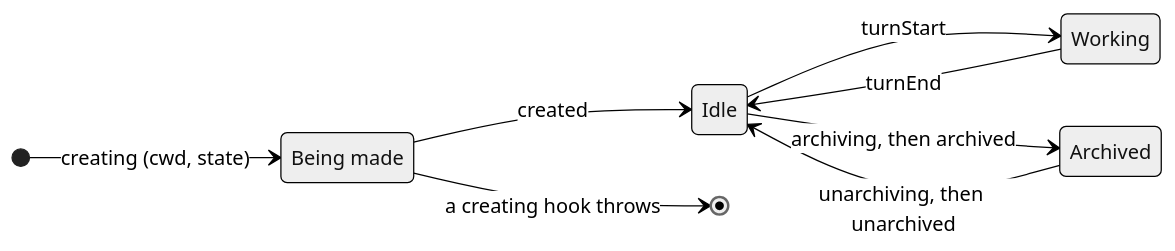
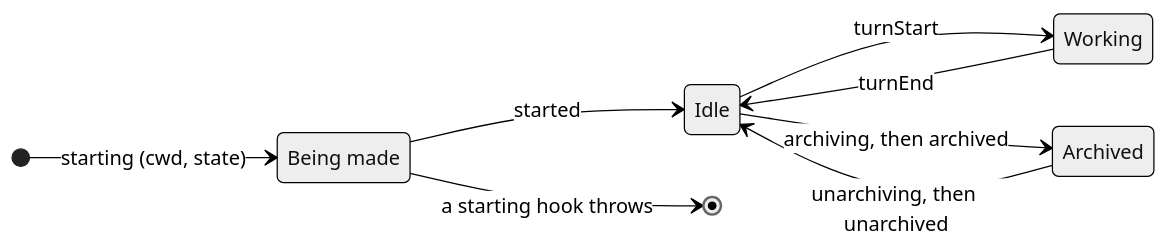
The diagram in packages/cli/skill/guide/thread-life.mmd (githubnext/superego), drawn with Mermaid (neutral theme) before and after one commit. The commit also changed 36 other files, not shown here.

Commit message:
Name extension hooks after the verbs: starting/started, beforeSend; blocks answer with the button pressed; ThreadNotification

```diff
--- a/packages/cli/skill/guide/thread-life.mmd
+++ b/packages/cli/skill/guide/thread-life.mmd
@@ -1,13 +1,13 @@
 stateDiagram-v2
   direction LR
   state "Being made" as Making
   state "Idle" as Idle
   state "Working" as Working
   state "Archived" as Archived
-  [*] --> Making: creating (cwd, state)
-  Making --> [*]: a creating hook throws
-  Making --> Idle: created
+  [*] --> Making: starting (cwd, state)
+  Making --> [*]: a starting hook throws
+  Making --> Idle: started
   Idle --> Working: turnStart
   Working --> Idle: turnEnd
   Idle --> Archived: archiving, then archived
   Archived --> Idle: unarchiving, then unarchived
```
